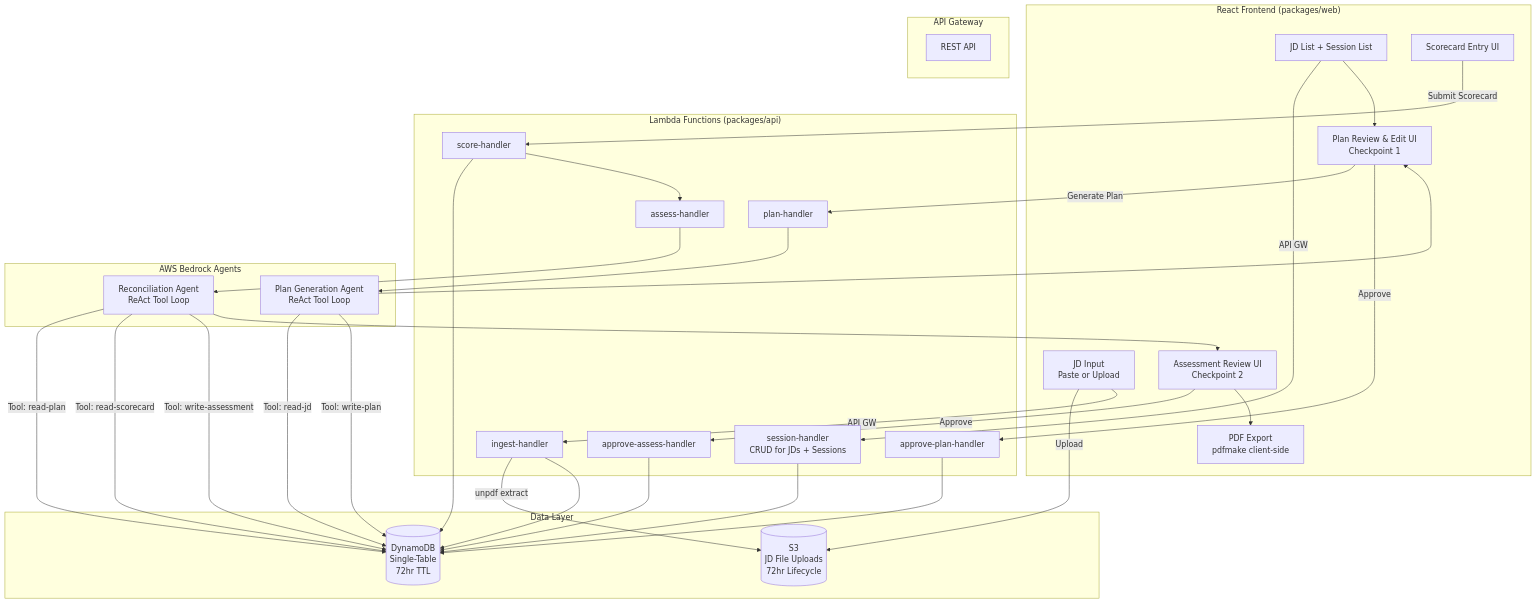
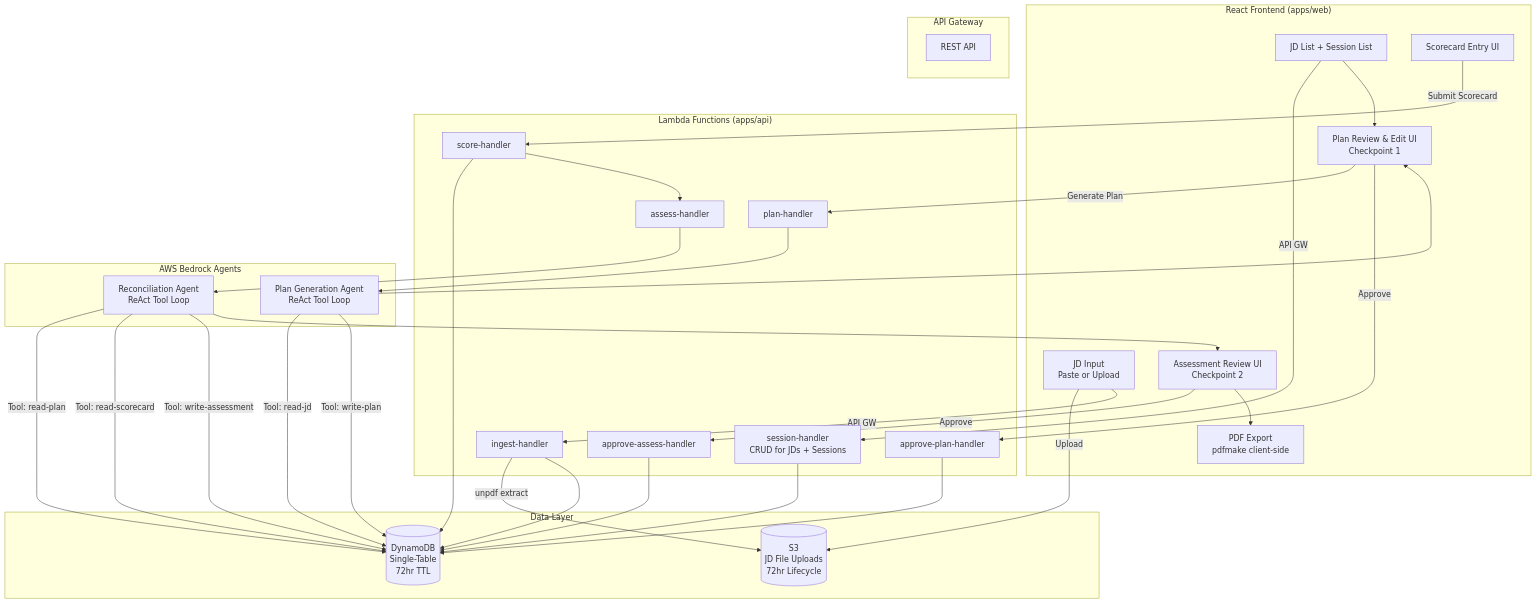
Before and after one commit to mwarman/interview-forge: the first of 2 diagrams in docs/PROJECT_OVERVIEW.md, drawn with Mermaid. The commit also changed other lines of this file and 271 other files, not shown here.

Commit message:
feat: structure workspace apps and packages

````diff
--- a/docs/PROJECT_OVERVIEW.md
+++ b/docs/PROJECT_OVERVIEW.md
@@ -106,61 +106,61 @@
 ```mermaid
 flowchart TD
-    subgraph Web["React Frontend (packages/web)"]
+    subgraph Web["React Frontend (apps/web)"]
         A[JD Input\nPaste or Upload]
         B[JD List + Session List]
         C[Plan Review & Edit UI\nCheckpoint 1]
         D[Scorecard Entry UI]
         E[Assessment Review UI\nCheckpoint 2]
         F[PDF Export\npdfmake client-side]
     end
 
     subgraph APIGW["API Gateway"]
         GW[REST API]
     end
 
-    subgraph Lambda["Lambda Functions (packages/api)"]
+    subgraph Lambda["Lambda Functions (apps/api)"]
         L1[ingest-handler]
         L2[plan-handler]
         L3[approve-plan-handler]
         L4[score-handler]
         L5[assess-handler]
         L6[approve-assess-handler]
         L7[session-handler\nCRUD for JDs + Sessions]
     end
 
     subgraph Agent["AWS Bedrock Agents"]
         AG1[Plan Generation Agent\nReAct Tool Loop]
         AG2[Reconciliation Agent\nReAct Tool Loop]
     end
 
     subgraph Data["Data Layer"]
         DB[(DynamoDB\nSingle-Table\n72hr TTL)]
         S3[(S3\nJD File Uploads\n72hr Lifecycle)]
     end
 
     A -->|Upload| S3
     A -->|API GW| L1
     L1 -->|unpdf extract| S3
     L1 --> DB
     B -->|API GW| L7
     L7 --> DB
     B --> C
     C -->|Generate Plan| L2
     L2 --> AG1
     AG1 -->|Tool: read-jd| DB
     AG1 -->|Tool: write-plan| DB
     AG1 --> C
     C -->|Approve| L3
     L3 --> DB
     D -->|Submit Scorecard| L4
     L4 --> DB
     L4 --> L5
     L5 --> AG2
     AG2 -->|Tool: read-plan| DB
     AG2 -->|Tool: read-scorecard| DB
     AG2 -->|Tool: write-assessment| DB
     AG2 --> E
     E -->|Approve| L6
     L6 --> DB
     E --> F
 ```
````
